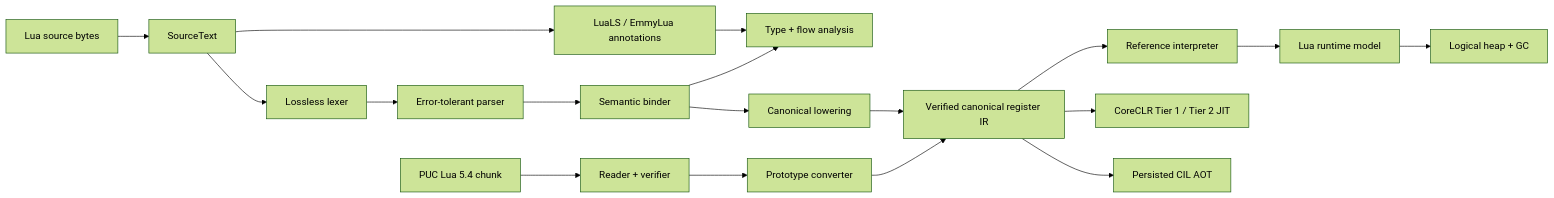
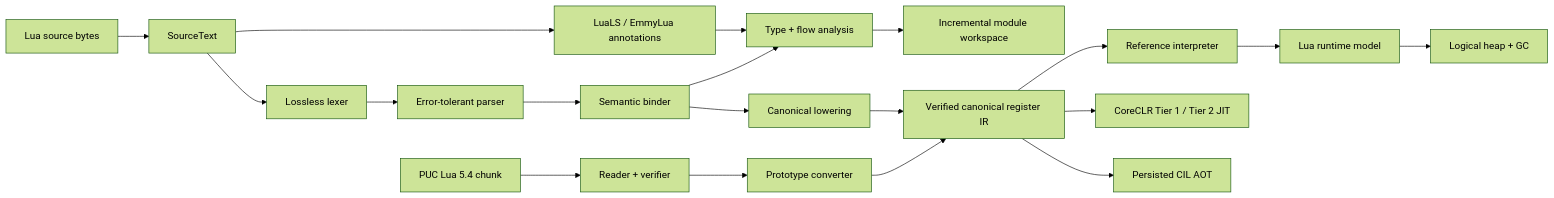
Before and after one commit to dlqw/Lunil: the diagram in README.md, drawn with Mermaid (forest theme). The commit also changed other lines of this file and 38 other files, not shown here.

First line of the commit message:
feat: add incremental module workspace (#24)

````diff
--- a/README.md
+++ b/README.md
@@ -334,23 +357,24 @@
 ```mermaid
 flowchart LR
     Source[Lua source bytes] --> Text[SourceText]
     Text --> Lexer[Lossless lexer]
     Lexer --> Parser[Error-tolerant parser]
     Parser --> Binder[Semantic binder]
     Text --> Annotation[LuaLS / EmmyLua annotations]
     Annotation --> Analysis[Type + flow analysis]
     Binder --> Analysis
+    Analysis --> Workspace[Incremental module workspace]
     Binder --> Lowerer[Canonical lowering]
 
     Chunk[PUC Lua 5.4 chunk] --> Reader[Reader + verifier]
     Reader --> Converter[Prototype converter]
 
     Lowerer --> IR[Verified canonical register IR]
     Converter --> IR
     IR --> Interpreter[Reference interpreter]
     Interpreter --> Runtime[Lua runtime model]
     Runtime --> Heap[Logical heap + GC]
 
     IR --> JIT[CoreCLR Tier 1 / Tier 2 JIT]
     IR --> AOT[Persisted CIL AOT]
 ```
````
